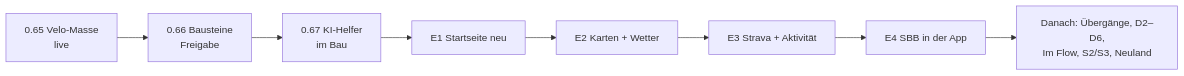
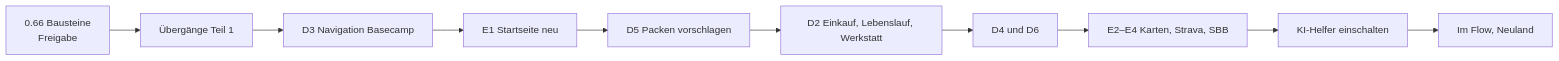
The diagram in docs/vorhaben.md (noahdolmetsch-af/packgenerator), drawn with Mermaid before and after one commit. The commit also changed other lines of this file, not shown here.

First line of the commit message:
Docs: Reihenfolge nach Noahs Antwort (Design zuerst, KI-Helfer geparkt)

````diff
--- a/docs/vorhaben.md
+++ b/docs/vorhaben.md
@@ -131,10 +133,12 @@
 ```mermaid
 flowchart LR
-  A["0.65 Velo-Masse<br/>live"] --> B["0.66 Bausteine<br/>Freigabe"]
-  B --> C["0.67 KI-Helfer<br/>im Bau"]
-  C --> E1["E1 Startseite neu"]
-  E1 --> E2["E2 Karten + Wetter"]
-  E2 --> E3["E3 Strava + Aktivität"]
-  E3 --> E4["E4 SBB in der App"]
-  E4 --> R["Danach: Übergänge, D2–D6,<br/>Im Flow, S2/S3, Neuland"]
+  B["0.66 Bausteine<br/>Freigabe"] --> U["Übergänge Teil 1"]
+  U --> D3["D3 Navigation Basecamp"]
+  D3 --> E1["E1 Startseite neu"]
+  E1 --> D5["D5 Packen vorschlagen"]
+  D5 --> D2["D2 Einkauf, Lebenslauf, Werkstatt"]
+  D2 --> D46["D4 und D6"]
+  D46 --> E24["E2–E4 Karten, Strava, SBB"]
+  E24 --> KI["KI-Helfer einschalten"]
+  KI --> R["Im Flow, Neuland"]
 ```
````
